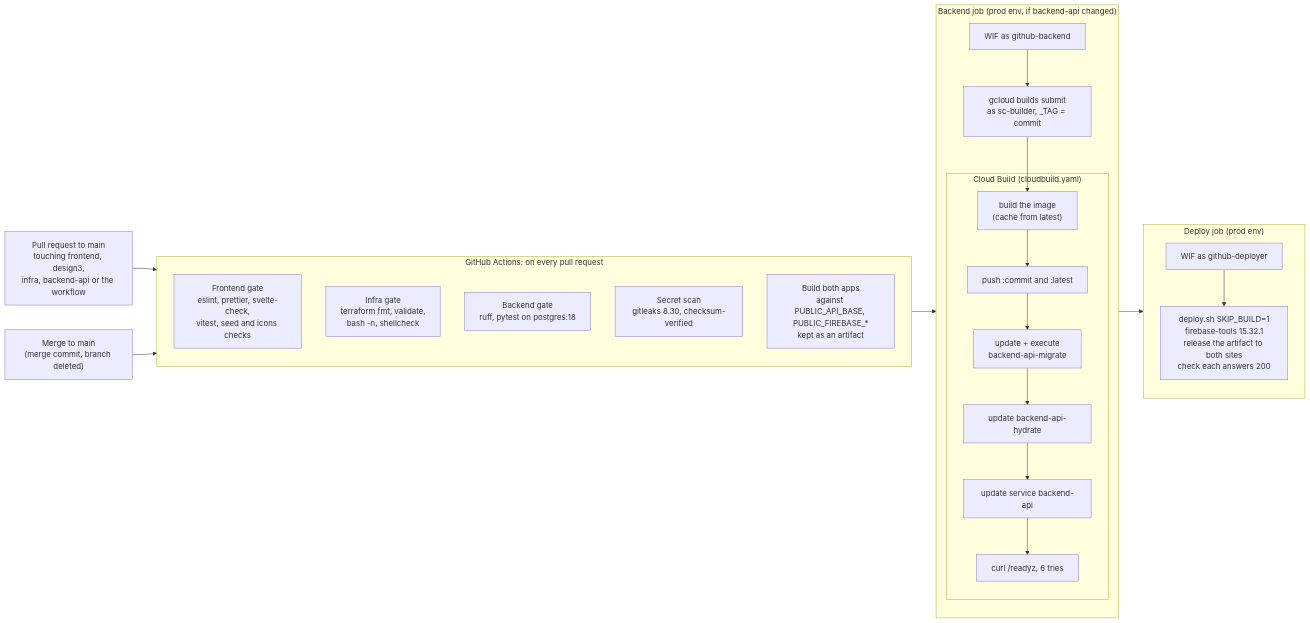
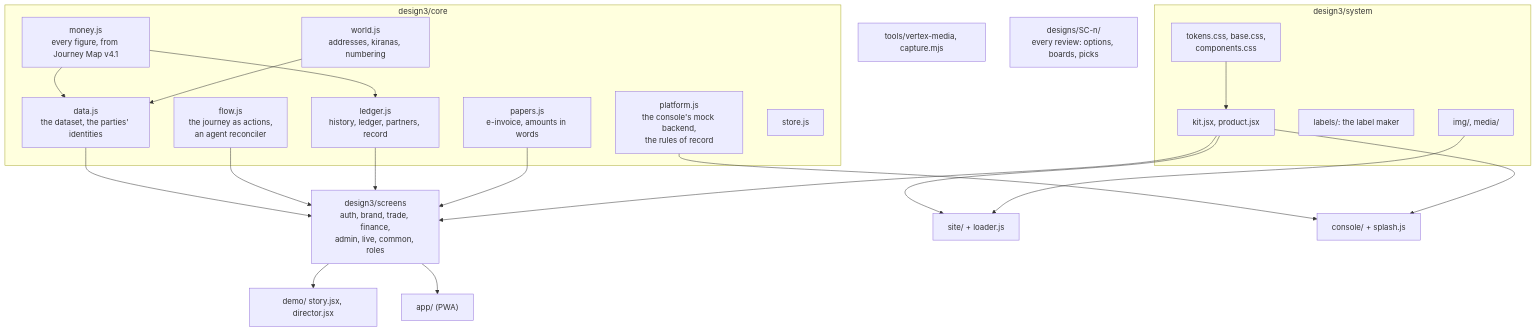
One commit to aibuilder2026/smart-clearance changed the eighth of 10 diagrams in ARCHITECTURE.md. Above: the diagram before and after it, drawn with Mermaid. The commit also changed other lines of this file and 15 other files, not shown here.

First line of the commit message:
SC-178: ARCHITECTURE.md revised in detail, with the Lucidchart diagrams

````diff
--- a/ARCHITECTURE.md
+++ b/ARCHITECTURE.md
@@ -672,27 +822,42 @@
 ```mermaid
-flowchart LR
-  pr["Pull request to main<br/>touching frontend, design3,<br/>infra, backend-api or the workflow"] --> gates
-  subgraph gates["GitHub Actions: on every pull request"]
-    fg["Frontend gate<br/>eslint, prettier, svelte-check,<br/>vitest, seed and icons checks"]
-    ig["Infra gate<br/>terraform fmt, validate,<br/>bash -n, shellcheck"]
-    bg["Backend gate<br/>ruff, pytest on postgres:18"]
-    ss["Secret scan<br/>gitleaks 8.30, checksum-verified"]
-    bd["Build both apps<br/>against PUBLIC_API_BASE, PUBLIC_FIREBASE_*<br/>kept as an artifact"]
+flowchart TB
+  subgraph core["design3/core"]
+    money["money.js<br/>every figure, from Journey Map v4.1"]
+    data["data.js<br/>the dataset, the parties' identities"]
+    world["world.js<br/>addresses, kiranas, numbering"]
+    platform["platform.js<br/>the console's mock backend,<br/>the rules of record"]
+    flow["flow.js<br/>the journey as actions,<br/>an agent reconciler"]
+    ledger["ledger.js<br/>history, ledger, partners, record"]
+    papers["papers.js<br/>e-invoice, amounts in words"]
+    store["store.js"]
   end
-  merge["Merge to main<br/>(merge commit, branch deleted)"] --> gates
-  gates --> backend
-  subgraph backend["Backend job (prod env, if backend-api changed)"]
-    auth1["WIF as github-backend"]
-    submit["gcloud builds submit<br/>as sc-builder, _TAG = commit"]
-    subgraph cbp["Cloud Build (cloudbuild.yaml)"]
-      b1["build the image<br/>(cache from latest)"] --> b2["push :commit and :latest"] --> b3["update + execute<br/>backend-api-migrate"] --> b4["update backend-api-hydrate"] --> b5["update service backend-api"] --> b6["curl /readyz, 6 tries"]
-    end
-    auth1 --> submit --> b1
+  subgraph system["design3/system"]
+    tokens["tokens.css, base.css,<br/>components.css"]
+    kit["kit.jsx, product.jsx"]
+    labels["labels/: the label maker"]
+    img["img/, media/"]
   end
-  backend --> deploy
-  subgraph deploy["Deploy job (prod env)"]
-    auth2["WIF as github-deployer"]
-    rel["deploy.sh SKIP_BUILD=1<br/>firebase-tools 15.32.1<br/>release the artifact to both sites<br/>check each answers 200"]
-    auth2 --> rel
-  end
+  screens["design3/screens<br/>auth, brand, trade, finance,<br/>admin, live, common, roles"]
+  demo["demo/ story.jsx, director.jsx"]
+  app["app/ (PWA)"]
+  site["site/ + loader.js"]
+  console["console/ + splash.js"]
+  tools["tools/vertex-media, capture.mjs"]
+  designs["designs/SC-n/<br/>every review: options, boards, picks"]
+
+  money --> data
+  money --> ledger
+  world --> data
+  data --> screens
+  flow --> screens
+  ledger --> screens
+  papers --> screens
+  platform --> console
+  kit --> screens
+  kit --> site
+  kit --> console
+  tokens --> kit
+  screens --> demo
+  screens --> app
+  img --> site
 ```
````
